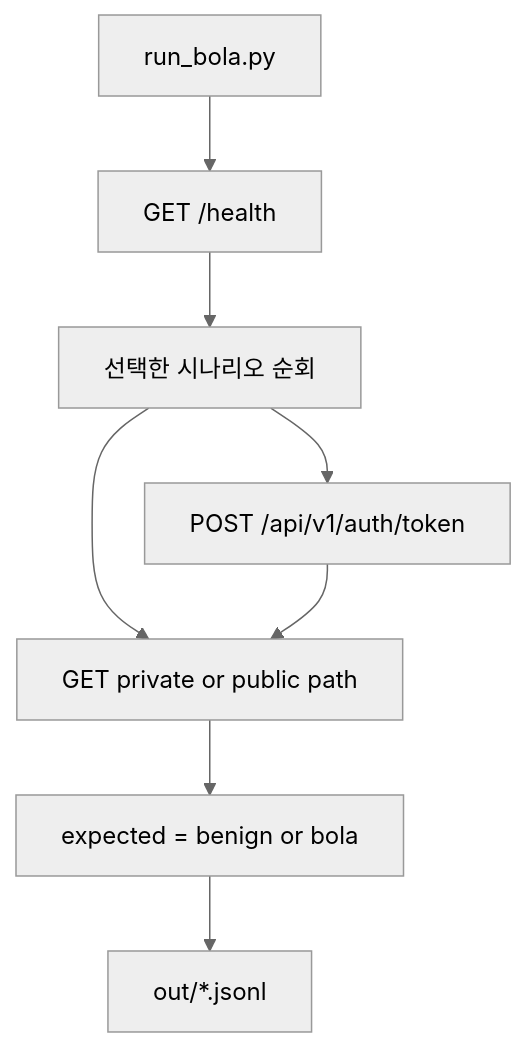
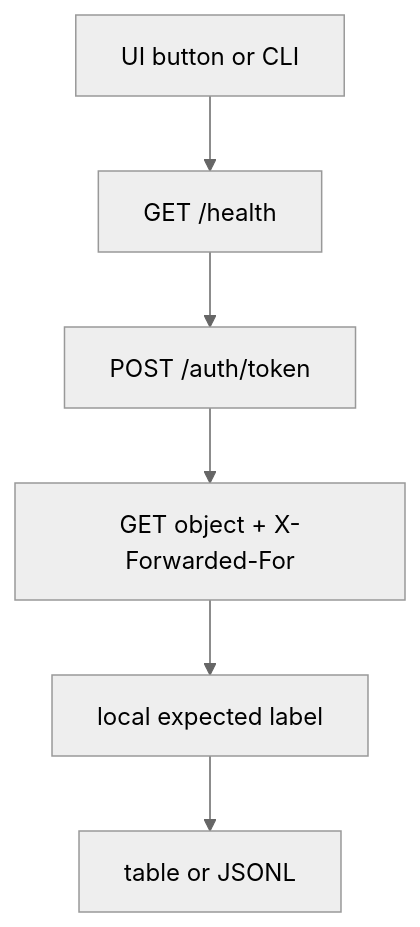
Before and after one commit to mink0119/XC-PoC: the second of 2 diagrams in docs/SCENARIOS.md, drawn with Mermaid (neutral theme). The commit also changed other lines of this file and 6 other files, not shown here.

````diff
--- a/docs/SCENARIOS.md
+++ b/docs/SCENARIOS.md
@@ -32,16 +67,11 @@
 ```mermaid
 flowchart TD
-  start["run_bola.py"]
+  start["UI button or CLI"]
   health["GET /health"]
-  pick["선택한 시나리오 순회"]
-  token["POST /api/v1/auth/token"]
-  get["GET private or public path"]
-  label["expected = benign or bola"]
-  out["out/*.jsonl"]
+  token["POST /auth/token"]
+  get["GET object + X-Forwarded-For"]
+  label["local expected label"]
+  out["table or JSONL"]
 
-  start --> health --> pick
-  pick --> token
-  pick --> get
-  token --> get
-  get --> label --> out
+  start --> health --> token --> get --> label --> out
 ```
````
